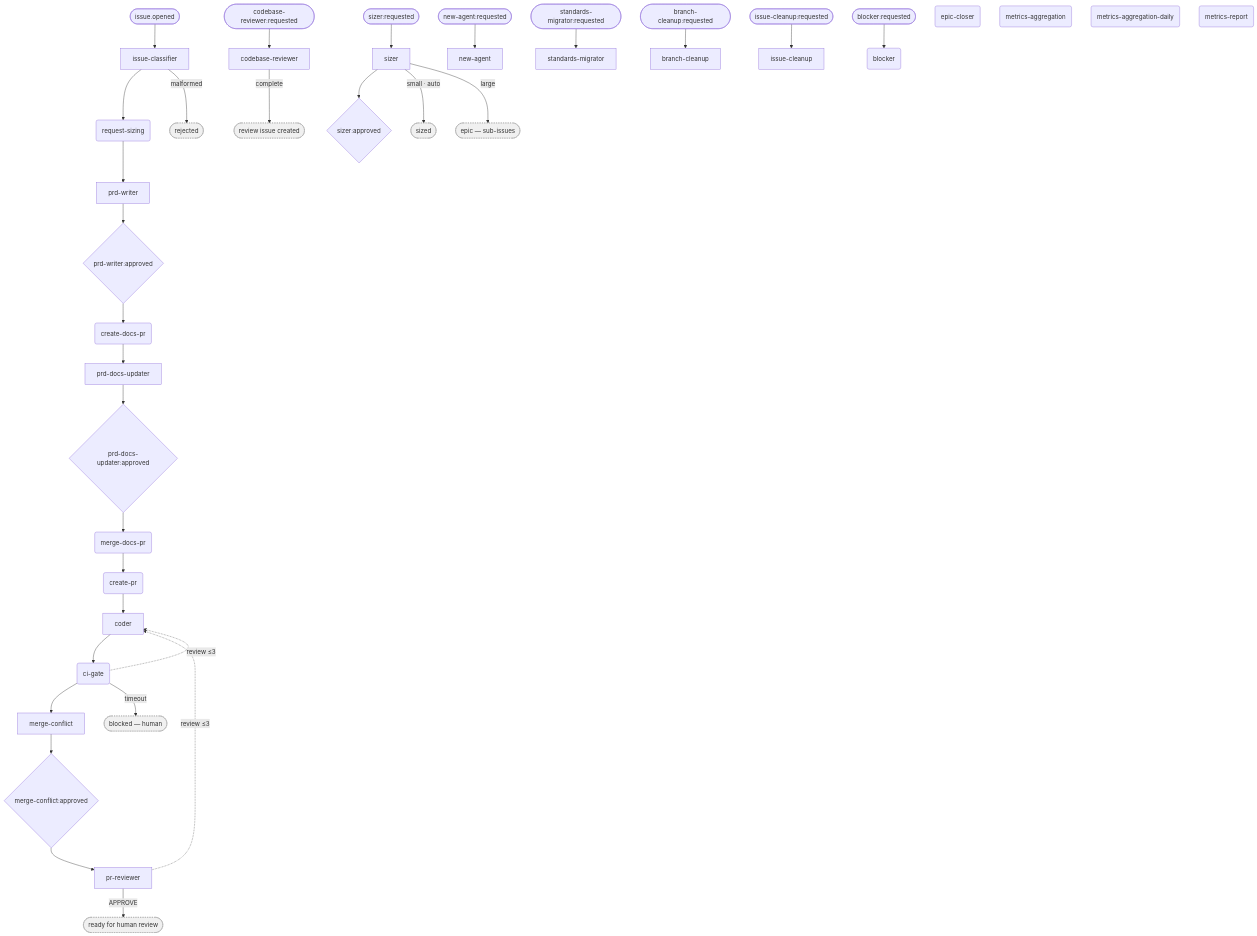
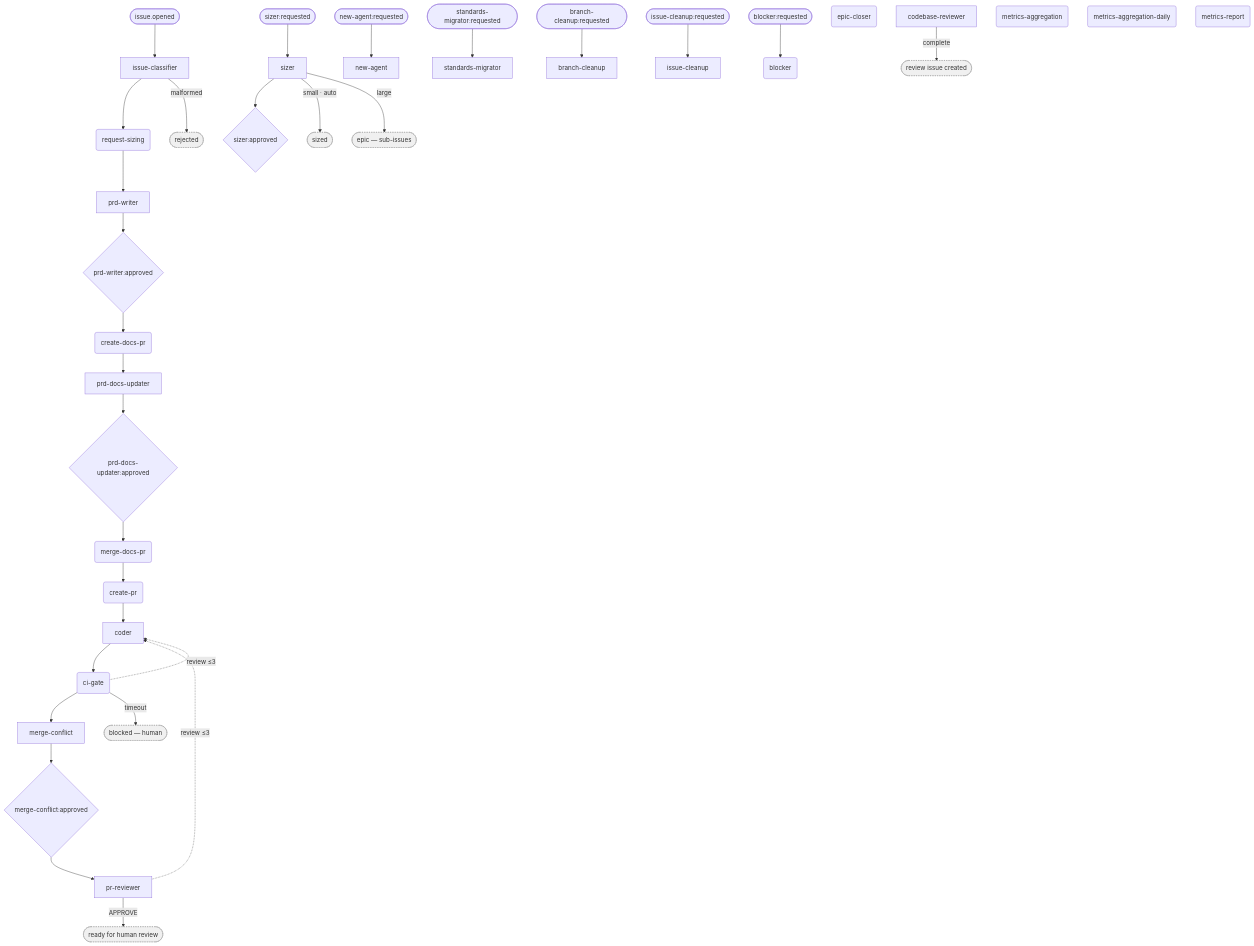
Before and after one commit to M-A-Operating-System/ai-coding-standards2: the diagram in docs/product/orchestrator/generated/pipeline.mmd, drawn with Mermaid. The commit also changed 1 other file, not shown here.

Commit message:
chore: regenerate pipeline diagrams

```diff
--- a/docs/product/orchestrator/generated/pipeline.mmd
+++ b/docs/product/orchestrator/generated/pipeline.mmd
@@ -1,72 +1,70 @@
 flowchart TD
     entry_n_01_product_docs__issue_classifier(["issue.opened"])
-    entry_n_00_ondemand__codebase_reviewer(["codebase-reviewer:requested"])
     entry_n_00_ondemand__sizer(["sizer:requested"])
     entry_n_00_ondemand__new_agent(["new-agent:requested"])
     entry_n_00_ondemand__standards_migrator(["standards-migrator:requested"])
     entry_n_00_ondemand__branch_cleanup(["branch-cleanup:requested"])
     entry_n_00_ondemand__issue_cleanup(["issue-cleanup:requested"])
     entry_n_00_ondemand__blocker(["blocker:requested"])
     n_01_product_docs__issue_classifier["issue-classifier"]
     n_01_product_docs__request_sizing("request-sizing")
     n_01_product_docs__prd_writer["prd-writer"]
     n_01_product_docs__create_docs_pr("create-docs-pr")
     n_01_product_docs__prd_docs_updater["prd-docs-updater"]
     n_01_product_docs__merge_docs_pr("merge-docs-pr")
     n_01_product_docs__create_pr("create-pr")
     n_03_execute__coder["coder"]
     n_03_execute__ci_gate("ci-gate")
     n_03_execute__merge_conflict["merge-conflict"]
     n_03_execute__pr_reviewer["pr-reviewer"]
     n_04_evaluate__epic_closer("epic-closer")
     n_00_ondemand__codebase_reviewer["codebase-reviewer"]
     n_00_ondemand__sizer["sizer"]
     n_00_ondemand__new_agent["new-agent"]
     n_00_ondemand__standards_migrator["standards-migrator"]
     n_00_ondemand__branch_cleanup["branch-cleanup"]
     n_00_ondemand__issue_cleanup["issue-cleanup"]
     n_00_ondemand__blocker("blocker")
     n_05_continuous__metrics_aggregation("metrics-aggregation")
     n_05_continuous__metrics_aggregation_daily("metrics-aggregation-daily")
     n_05_continuous__metrics_report("metrics-report")
     gate__n_01_product_docs__prd_writer{"prd-writer:approved"}
     gate__n_01_product_docs__prd_docs_updater{"prd-docs-updater:approved"}
     gate__n_03_execute__merge_conflict{"merge-conflict:approved"}
     gate__n_00_ondemand__sizer{"sizer:approved"}
     term_blocked(["blocked — human"]):::term
     term_cr_done(["review issue created"]):::term
     term_epic(["epic — sub-issues"]):::term
     term_ready(["ready for human review"]):::term
     term_rejected(["rejected"]):::term
     term_sized(["sized"]):::term
     entry_n_01_product_docs__issue_classifier --> n_01_product_docs__issue_classifier
-    entry_n_00_ondemand__codebase_reviewer --> n_00_ondemand__codebase_reviewer
     entry_n_00_ondemand__sizer --> n_00_ondemand__sizer
     entry_n_00_ondemand__new_agent --> n_00_ondemand__new_agent
     entry_n_00_ondemand__standards_migrator --> n_00_ondemand__standards_migrator
     entry_n_00_ondemand__branch_cleanup --> n_00_ondemand__branch_cleanup
     entry_n_00_ondemand__issue_cleanup --> n_00_ondemand__issue_cleanup
     entry_n_00_ondemand__blocker --> n_00_ondemand__blocker
     n_01_product_docs__issue_classifier --> n_01_product_docs__request_sizing
     n_01_product_docs__request_sizing --> n_01_product_docs__prd_writer
     gate__n_01_product_docs__prd_writer --> n_01_product_docs__create_docs_pr
     n_01_product_docs__create_docs_pr --> n_01_product_docs__prd_docs_updater
     gate__n_01_product_docs__prd_docs_updater --> n_01_product_docs__merge_docs_pr
     n_01_product_docs__merge_docs_pr --> n_01_product_docs__create_pr
     n_01_product_docs__create_pr --> n_03_execute__coder
     n_03_execute__coder --> n_03_execute__ci_gate
     n_03_execute__ci_gate --> n_03_execute__merge_conflict
     gate__n_03_execute__merge_conflict --> n_03_execute__pr_reviewer
     n_01_product_docs__prd_writer --> gate__n_01_product_docs__prd_writer
     n_01_product_docs__prd_docs_updater --> gate__n_01_product_docs__prd_docs_updater
     n_03_execute__merge_conflict --> gate__n_03_execute__merge_conflict
     n_00_ondemand__sizer --> gate__n_00_ondemand__sizer
     n_03_execute__ci_gate -. review ≤3 .-> n_03_execute__coder
     n_03_execute__pr_reviewer -. review ≤3 .-> n_03_execute__coder
     n_01_product_docs__issue_classifier -->|malformed| term_rejected
     n_03_execute__ci_gate -->|timeout| term_blocked
     n_03_execute__pr_reviewer -->|APPROVE| term_ready
     n_00_ondemand__sizer -->|small · auto| term_sized
     n_00_ondemand__sizer -->|large| term_epic
     n_00_ondemand__codebase_reviewer -->|complete| term_cr_done
     classDef term fill:#f0f0f0,stroke:#999,stroke-dasharray:3
```
